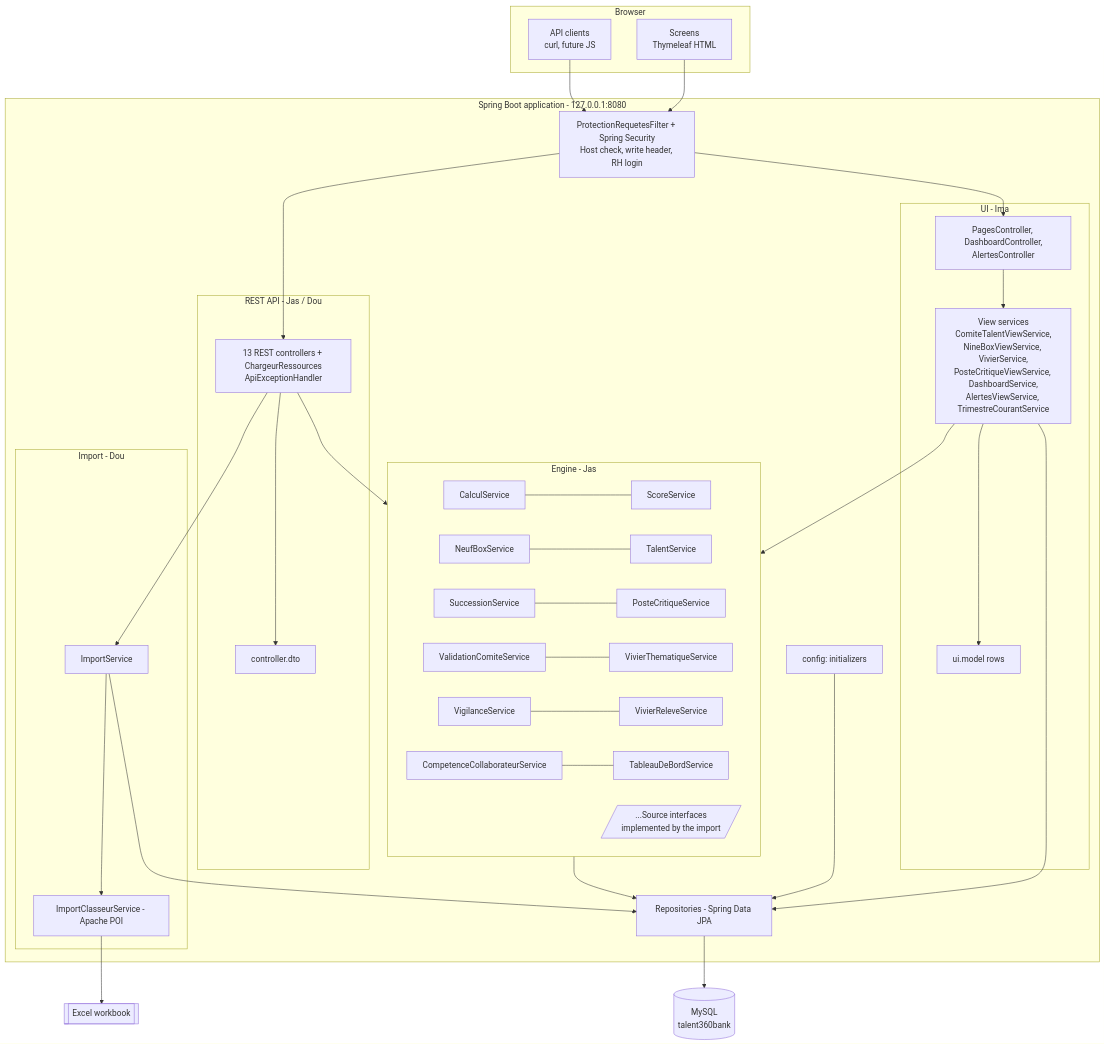
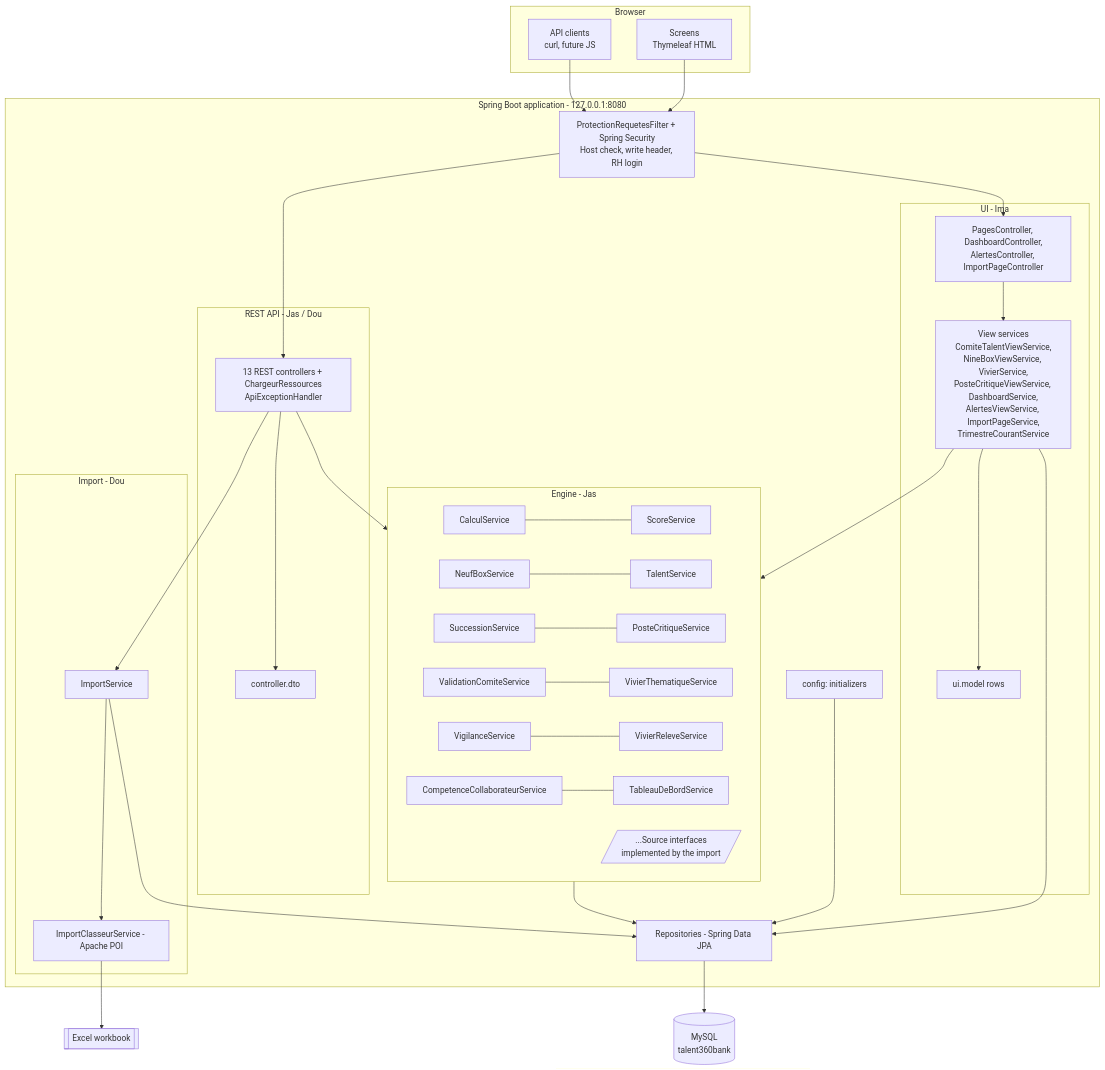
One commit to yasmine-kh/RH-project changed the second of 5 diagrams in docs/guide-developpeur.md. Above: the diagram before and after it, drawn with Mermaid. The commit also changed other lines of this file and 12 other files, not shown here.

Commit message:
feat: Import page (upload workbook, report, history, lock, size limit)

````diff
--- a/docs/guide-developpeur.md
+++ b/docs/guide-developpeur.md
@@ -207,47 +223,47 @@
 ```mermaid
 flowchart TB
     subgraph Browser
         UI[Screens<br/>Thymeleaf HTML]
         CLI[API clients<br/>curl, future JS]
     end
     subgraph App[Spring Boot application - 127.0.0.1:8080]
         F[ProtectionRequetesFilter + Spring Security<br/>Host check, write header, RH login]
         subgraph UIL[UI - Ima]
-            PC[PagesController, DashboardController,<br/>AlertesController] --> VS[View services<br/>ComiteTalentViewService,<br/>NineBoxViewService, VivierService,<br/>PosteCritiqueViewService, DashboardService,<br/>AlertesViewService, TrimestreCourantService]
+            PC[PagesController, DashboardController,<br/>AlertesController, ImportPageController] --> VS[View services<br/>ComiteTalentViewService,<br/>NineBoxViewService, VivierService,<br/>PosteCritiqueViewService, DashboardService,<br/>AlertesViewService, ImportPageService,<br/>TrimestreCourantService]
             VS --> UM[ui.model rows]
         end
         subgraph API[REST API - Jas / Dou]
             RC[13 REST controllers + ChargeurRessources<br/>ApiExceptionHandler] --> DTO[controller.dto]
         end
         subgraph ENG[Engine - Jas]
             CS[CalculService] --- SS[ScoreService]
             NB[NeufBoxService] --- TS[TalentService]
             SU[SuccessionService] --- PCS[PosteCritiqueService]
             VC[ValidationComiteService] --- VT[VivierThematiqueService]
             VG[VigilanceService] --- VR[VivierReleveService]
             CE[CompetenceCollaborateurService] --- TB[TableauDeBordService]
             SRC[/...Source interfaces<br/>implemented by the import/]
         end
         subgraph IMP[Import - Dou]
             IS[ImportService] --> ER[ImportClasseurService - Apache POI]
         end
         REPO[Repositories - Spring Data JPA]
         CFG[config: initializers]
     end
     DB[(MySQL<br/>talent360bank)]
     XL[[Excel workbook]]
 
     UI --> F
     CLI --> F
     F --> PC
     F --> RC
     VS --> ENG
     RC --> ENG
     RC --> IS
     ER --> XL
     ENG --> REPO
     IS --> REPO
     VS --> REPO
     CFG --> REPO
     REPO --> DB
 ```
````
